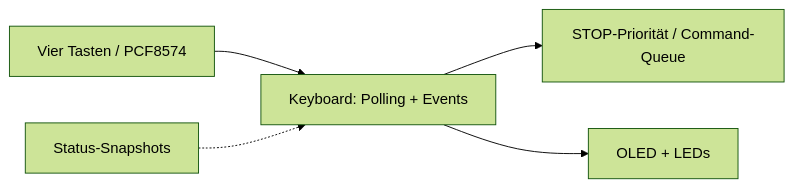
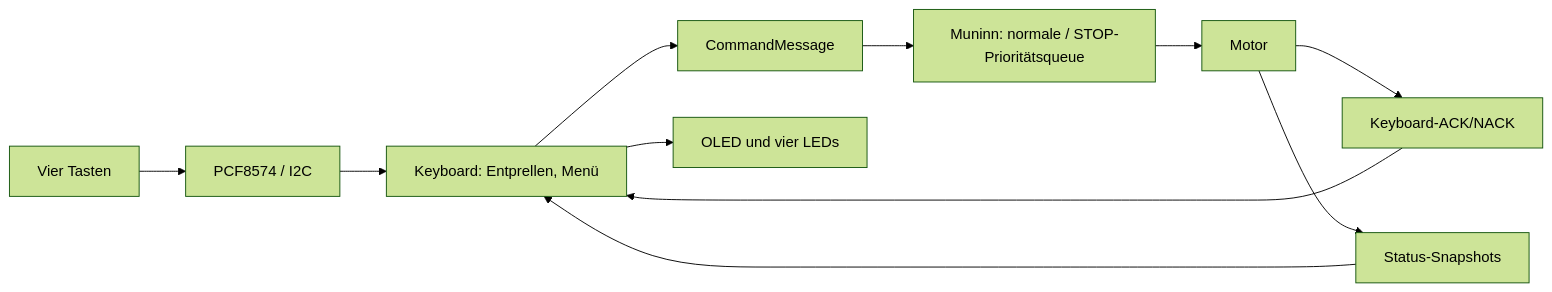
One commit to ErikaB-sys/Fiddle_yard_UVB changed the first of 2 diagrams in FY_ESP32/docs/Keyboard/README.md. Above: the diagram before and after it, drawn with Mermaid (forest theme). The commit also changed other lines of this file, not shown here.

Commit message:
Docs: Keyboard nur mit aktuellem Bedienvertrag und Mermaid beschreiben

````diff
--- a/FY_ESP32/docs/Keyboard/README.md
+++ b/FY_ESP32/docs/Keyboard/README.md
@@ -7,7 +23,13 @@
 ```mermaid
 flowchart LR
-  T["Vier Tasten / PCF8574"] --> K["Keyboard: Polling + Events"]
-  K --> Q["STOP-Priorität / Command-Queue"]
-  S["Status-Snapshots"] -.-> K
-  K --> O["OLED + LEDs"]
+  T["Vier Tasten"] --> P["PCF8574 / I2C"]
+  P --> K["Keyboard: Entprellen, Menü"]
+  K --> C["CommandMessage"]
+  C --> Q["Muninn: normale / STOP-Prioritätsqueue"]
+  Q --> M["Motor"]
+  M --> R["Keyboard-ACK/NACK"]
+  M --> S["Status-Snapshots"]
+  R --> K
+  S --> K
+  K --> D["OLED und vier LEDs"]
 ```
````
